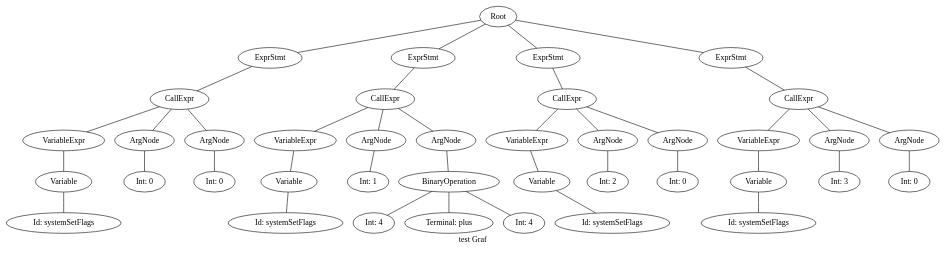
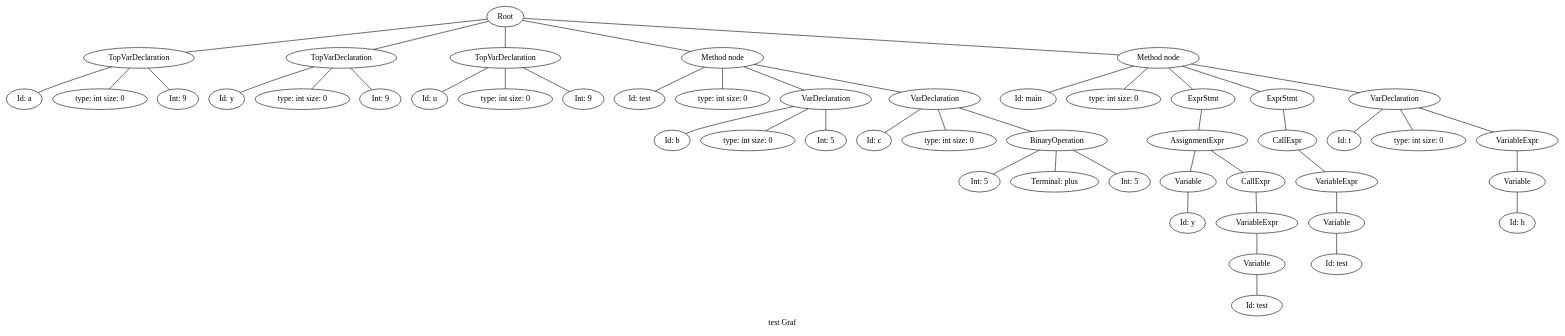
Before and after one commit to protective/anno3112: the diagram in Server/OrderPrograms/test.aop.dot, drawn with Graphviz. The commit also changed 52 other files, not shown here.

```diff
--- a/Server/OrderPrograms/test.aop.dot
+++ b/Server/OrderPrograms/test.aop.dot
@@ -1,86 +1,104 @@
 graph ""
 {
 #   node [fontsize=10,width=".2", height=".2", margin=0];
 #   graph[fontsize=8];
 label="test Graf"
 n0 ;
 n0 [label="Root"] ;
 n0 -- n1 ;
-n1 [label="ExprStmt"] ;
+n1 [label="TopVarDeclaration"] ;
 n0 -- n2 ;
-n2 [label="ExprStmt"] ;
+n2 [label="TopVarDeclaration"] ;
 n0 -- n3 ;
-n3 [label="ExprStmt"] ;
+n3 [label="TopVarDeclaration"] ;
 n0 -- n4 ;
-n4 [label="ExprStmt"] ;
-n4 -- n5 ;
-n5 [label="CallExpr"] ;
+n4 [label="Method node"] ;
+n0 -- n5 ;
+n5 [label="Method node"] ;
 n5 -- n6 ;
-n6 [label="VariableExpr"] ;
-n6 -- n7 ;
-n7 [label="Variable"] ;
-n7 -- n8 ;
-n8 [label="Id: systemSetFlags"] ;
+n6 [label="Id: main"] ;
+n5 -- n7 ;
+n7 [label="type: int size: 0"] ;
+n5 -- n8 ;
+n8 [label="ExprStmt"] ;
 n5 -- n9 ;
-n9 [label="ArgNode"] ;
+n9 [label="ExprStmt"] ;
 n5 -- n10 ;
-n10 [label="ArgNode"] ;
+n10 [label="VarDeclaration"] ;
 n10 -- n11 ;
-n11 [label="Int: 0"] ;
-n9 -- n12 ;
-n12 [label="Int: 3"] ;
-n3 -- n13 ;
-n13 [label="CallExpr"] ;
+n11 [label="Id: t"] ;
+n10 -- n12 ;
+n12 [label="type: int size: 0"] ;
+n10 -- n13 ;
+n13 [label="VariableExpr"] ;
 n13 -- n14 ;
-n14 [label="VariableExpr"] ;
+n14 [label="Variable"] ;
 n14 -- n15 ;
-n15 [label="Variable"] ;
-n15 -- n16 ;
-n16 [label="Id: systemSetFlags"] ;
-n13 -- n17 ;
-n17 [label="ArgNode"] ;
-n13 -- n18 ;
-n18 [label="ArgNode"] ;
+n15 [label="Id: h"] ;
+n9 -- n16 ;
+n16 [label="CallExpr"] ;
+n16 -- n17 ;
+n17 [label="VariableExpr"] ;
+n17 -- n18 ;
+n18 [label="Variable"] ;
 n18 -- n19 ;
-n19 [label="Int: 0"] ;
-n17 -- n20 ;
-n20 [label="Int: 2"] ;
-n2 -- n21 ;
-n21 [label="CallExpr"] ;
+n19 [label="Id: test"] ;
+n8 -- n20 ;
+n20 [label="AssignmentExpr"] ;
+n20 -- n21 ;
+n21 [label="Variable"] ;
 n21 -- n22 ;
-n22 [label="VariableExpr"] ;
-n22 -- n23 ;
-n23 [label="Variable"] ;
+n22 [label="Id: y"] ;
+n20 -- n23 ;
+n23 [label="CallExpr"] ;
 n23 -- n24 ;
-n24 [label="Id: systemSetFlags"] ;
-n21 -- n25 ;
-n25 [label="ArgNode"] ;
-n21 -- n26 ;
-n26 [label="ArgNode"] ;
-n26 -- n27 ;
-n27 [label="BinaryOperation"] ;
-n27 -- n28 ;
-n28 [label="Int: 4"] ;
-n27 -- n29 ;
-n29 [label="Terminal: plus"] ;
-n27 -- n30 ;
-n30 [label="Int: 4"] ;
-n25 -- n31 ;
-n31 [label="Int: 1"] ;
-n1 -- n32 ;
-n32 [label="CallExpr"] ;
-n32 -- n33 ;
-n33 [label="VariableExpr"] ;
+n24 [label="VariableExpr"] ;
+n24 -- n25 ;
+n25 [label="Variable"] ;
+n25 -- n26 ;
+n26 [label="Id: test"] ;
+n4 -- n27 ;
+n27 [label="Id: test"] ;
+n4 -- n28 ;
+n28 [label="type: int size: 0"] ;
+n4 -- n29 ;
+n29 [label="VarDeclaration"] ;
+n4 -- n30 ;
+n30 [label="VarDeclaration"] ;
+n30 -- n31 ;
+n31 [label="Id: c"] ;
+n30 -- n32 ;
+n32 [label="type: int size: 0"] ;
+n30 -- n33 ;
+n33 [label="BinaryOperation"] ;
 n33 -- n34 ;
-n34 [label="Variable"] ;
-n34 -- n35 ;
-n35 [label="Id: systemSetFlags"] ;
-n32 -- n36 ;
-n36 [label="ArgNode"] ;
-n32 -- n37 ;
-n37 [label="ArgNode"] ;
-n37 -- n38 ;
-n38 [label="Int: 0"] ;
-n36 -- n39 ;
-n39 [label="Int: 0"] ;
+n34 [label="Int: 5"] ;
+n33 -- n35 ;
+n35 [label="Terminal: plus"] ;
+n33 -- n36 ;
+n36 [label="Int: 5"] ;
+n29 -- n37 ;
+n37 [label="Id: b"] ;
+n29 -- n38 ;
+n38 [label="type: int size: 0"] ;
+n29 -- n39 ;
+n39 [label="Int: 5"] ;
+n3 -- n40 ;
+n40 [label="Id: u"] ;
+n3 -- n41 ;
+n41 [label="type: int size: 0"] ;
+n3 -- n42 ;
+n42 [label="Int: 9"] ;
+n2 -- n43 ;
+n43 [label="Id: y"] ;
+n2 -- n44 ;
+n44 [label="type: int size: 0"] ;
+n2 -- n45 ;
+n45 [label="Int: 9"] ;
+n1 -- n46 ;
+n46 [label="Id: a"] ;
+n1 -- n47 ;
+n47 [label="type: int size: 0"] ;
+n1 -- n48 ;
+n48 [label="Int: 9"] ;
 }
```
